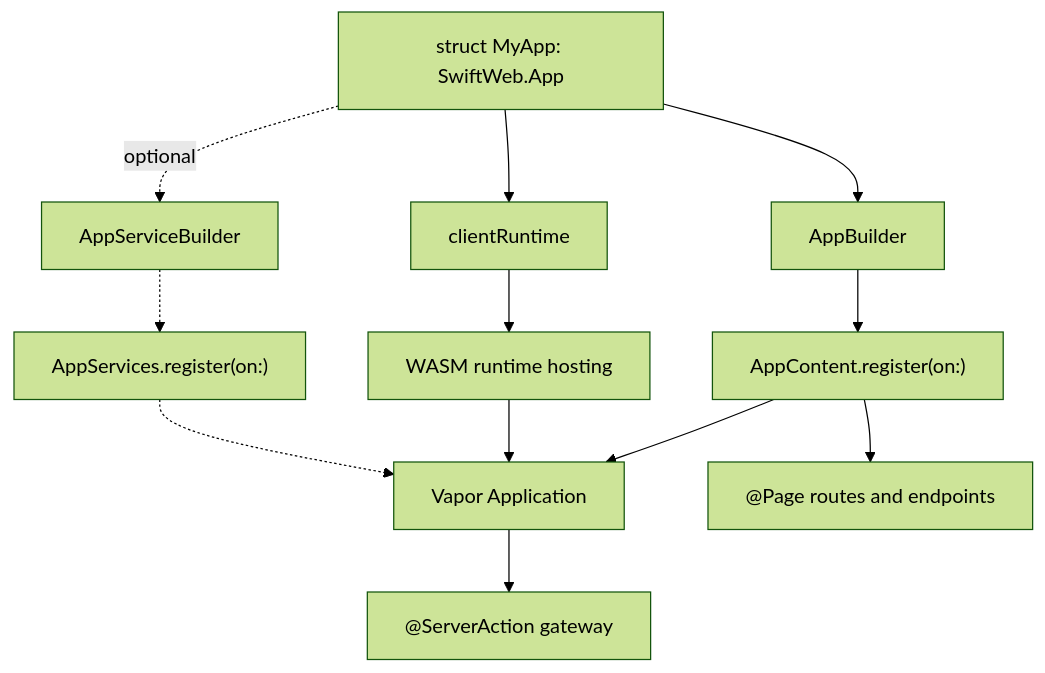
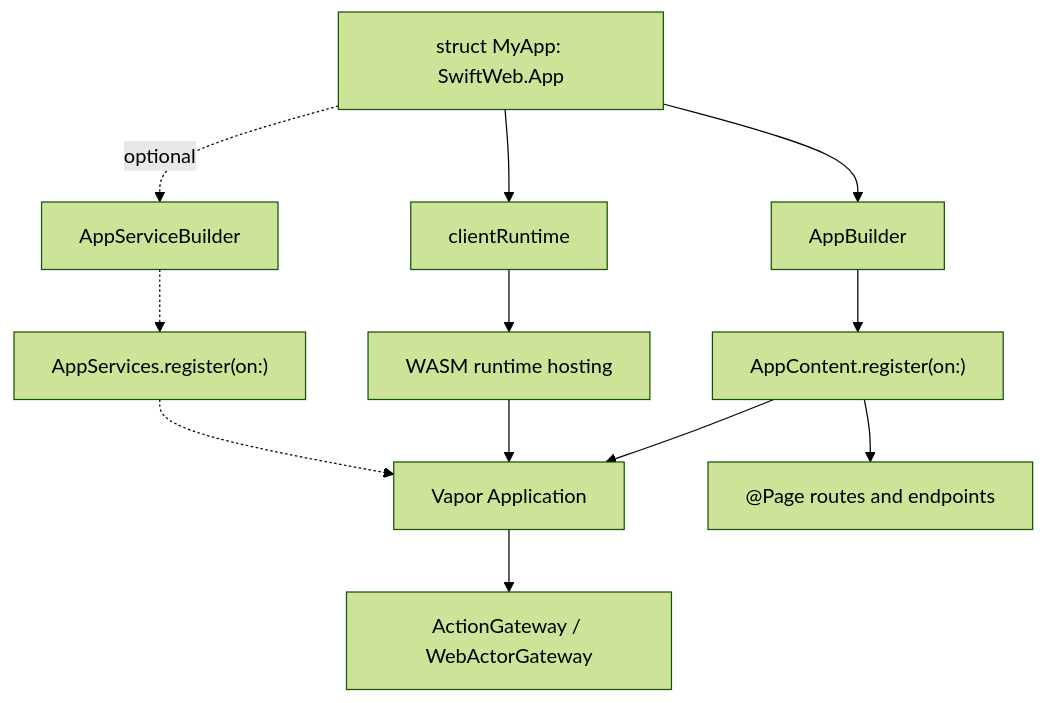
Before and after one commit to 1amageek/swift-web: the second of 9 diagrams in Sources/SwiftWeb/README.md, drawn with Mermaid (forest theme). The commit also changed other lines of this file and 40 other files, not shown here.

First line of the commit message:
Integrate swift-html 0.2.1 and migrate server actions to SwiftWebActors

````diff
--- a/Sources/SwiftWeb/README.md
+++ b/Sources/SwiftWeb/README.md
@@ -62,14 +62,14 @@
 ```mermaid
 flowchart TD
   A["struct MyApp: SwiftWeb.App"] --> B["AppBuilder"]
   A --> R["clientRuntime"]
   B --> C["AppContent.register(on:)"]
   R --> W["WASM runtime hosting"]
   C --> D["Vapor Application"]
   W --> D
   C --> E["@Page routes and endpoints"]
   A -. optional .-> S["AppServiceBuilder"]
   S -.-> G["AppServices.register(on:)"]
   G -.-> D
-  D --> F["@ServerAction gateway"]
+  D --> F["ActionGateway / WebActorGateway"]
 ```
````
